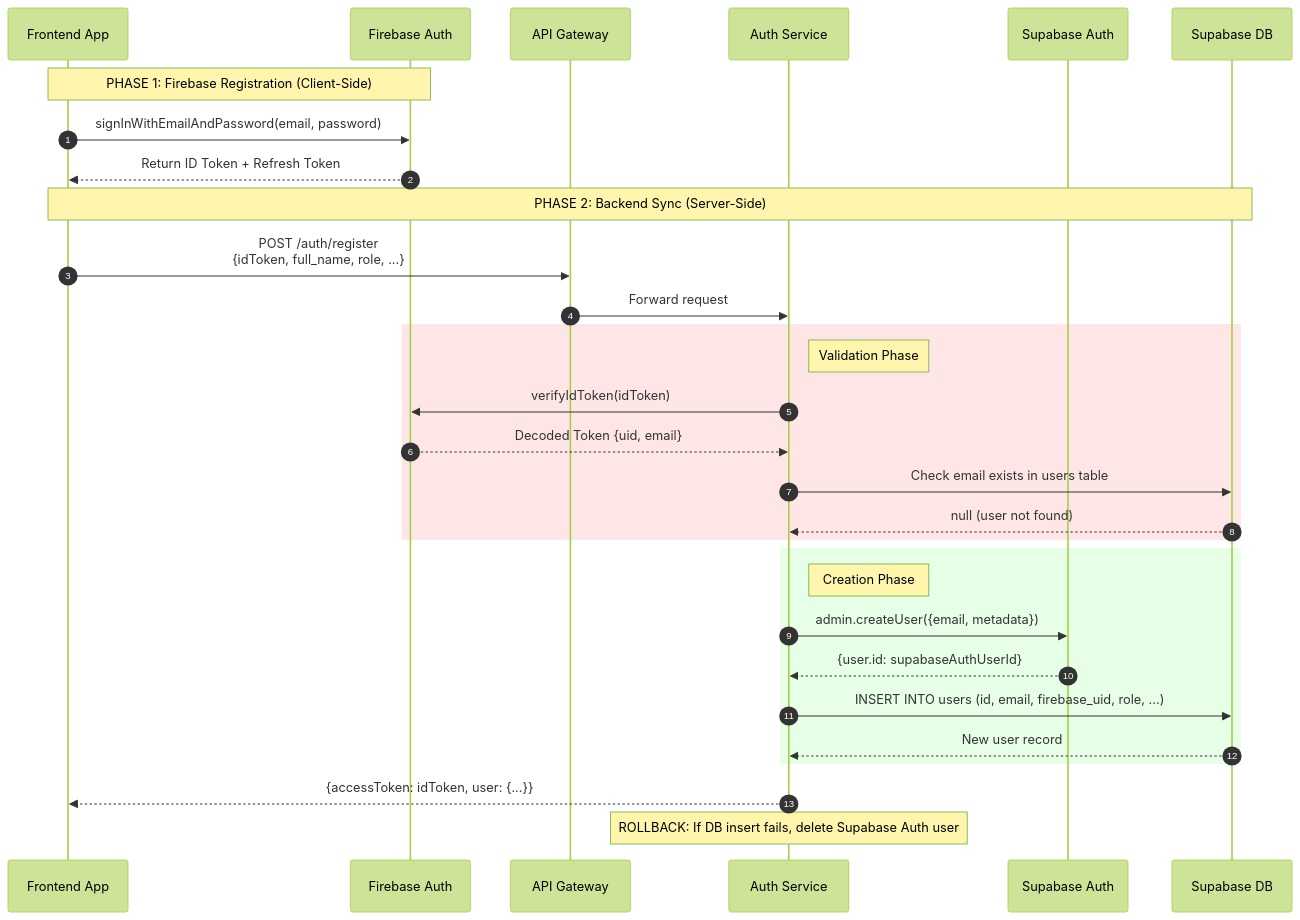
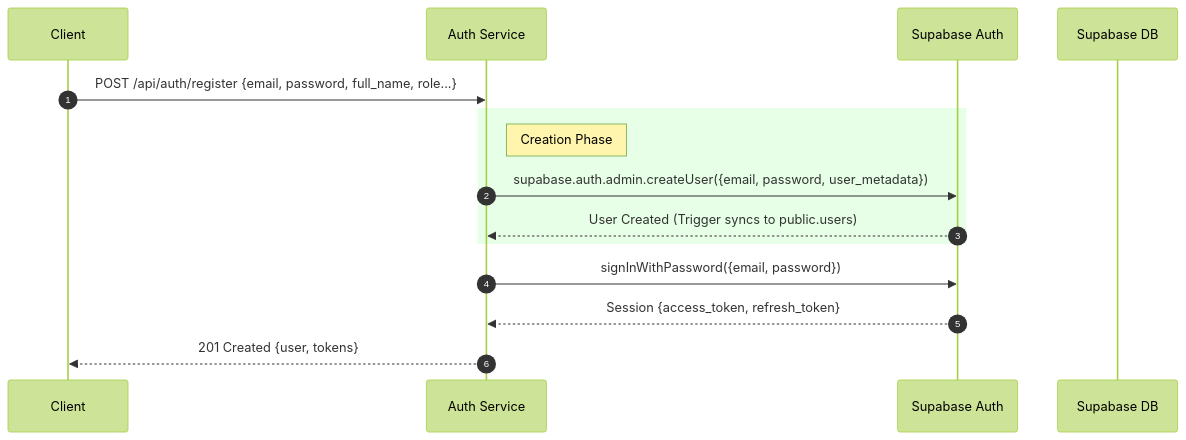
Before and after one commit to DOKUMENTASI-PROGRAM/Shema-Backend: the second of 3 diagrams in docs/AUTH_MECHANISM_AND_MIGRATION_REF.md, drawn with Mermaid (forest theme). The commit also changed other lines of this file and 4 other files, not shown here.

Commit message:
clean dead code and token validation to using supabase token

````diff
--- a/docs/AUTH_MECHANISM_AND_MIGRATION_REF.md
+++ b/docs/AUTH_MECHANISM_AND_MIGRATION_REF.md
@@ -84,38 +72,21 @@
 ```mermaid
 sequenceDiagram
     autonumber
-    participant Client as Frontend App
-    participant Firebase as Firebase Auth
-    participant Gateway as API Gateway
+    participant Client
     participant AuthSvc as Auth Service
     participant SBAuth as Supabase Auth
     participant SBDB as Supabase DB
 
-    Note over Client,Firebase: PHASE 1: Firebase Registration (Client-Side)
-    Client->>Firebase: signInWithEmailAndPassword(email, password)
-    Firebase-->>Client: Return ID Token + Refresh Token
-
-    Note over Client,SBDB: PHASE 2: Backend Sync (Server-Side)
-    Client->>Gateway: POST /auth/register<br/>{idToken, full_name, role, ...}
-    Gateway->>AuthSvc: Forward request
-
-    rect rgb(255, 230, 230)
-        Note right of AuthSvc: Validation Phase
-        AuthSvc->>Firebase: verifyIdToken(idToken)
-        Firebase-->>AuthSvc: Decoded Token {uid, email}
-        AuthSvc->>SBDB: Check email exists in users table
-        SBDB-->>AuthSvc: null (user not found)
-    end
+    Client->>AuthSvc: POST /api/auth/register {email, password, full_name, role...}
 
     rect rgb(230, 255, 230)
         Note right of AuthSvc: Creation Phase
-        AuthSvc->>SBAuth: admin.createUser({email, metadata})
-        SBAuth-->>AuthSvc: {user.id: supabaseAuthUserId}
-        AuthSvc->>SBDB: INSERT INTO users (id, email, firebase_uid, role, ...)
-        SBDB-->>AuthSvc: New user record
+        AuthSvc->>SBAuth: supabase.auth.admin.createUser({email, password, user_metadata})
+        SBAuth-->>AuthSvc: User Created (Trigger syncs to public.users)
     end
 
-    AuthSvc-->>Client: {accessToken: idToken, user: {...}}
+    AuthSvc->>SBAuth: signInWithPassword({email, password})
+    SBAuth-->>AuthSvc: Session {access_token, refresh_token}
 
-    Note over AuthSvc: ROLLBACK: If DB insert fails, delete Supabase Auth user
+    AuthSvc-->>Client: 201 Created {user, tokens}
 ```
````
